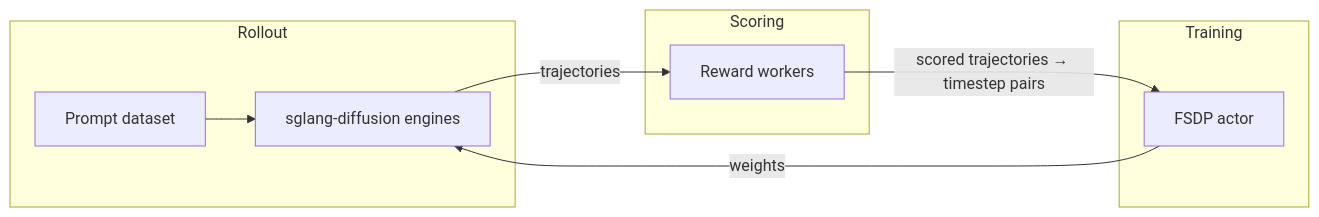
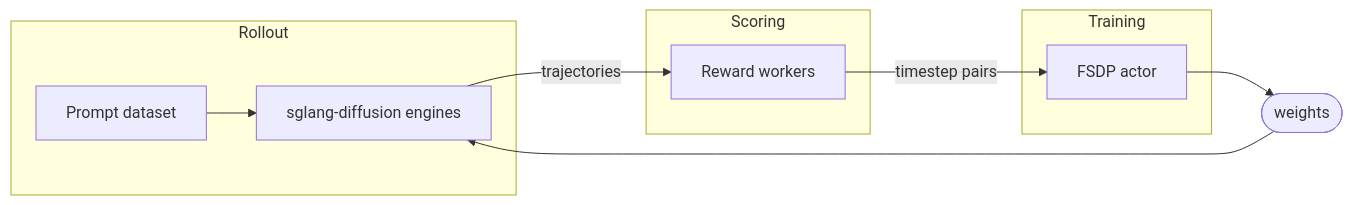
One commit to Rockdu/miles_diffusion changed the diagram in docs/user-guide/concepts.md. Above: the diagram before and after it, drawn with Mermaid.

Commit message:
docs(concepts): fix diagram label overflow; center weight-sync as a node

````diff
--- a/docs/user-guide/concepts.md
+++ b/docs/user-guide/concepts.md
@@ -11,13 +11,15 @@
 ```mermaid
 flowchart LR
     subgraph Rollout
       P[Prompt dataset] --> R[sglang-diffusion engines]
     end
     subgraph Scoring
-      R -- trajectories --> RM[Reward workers]
+      RM[Reward workers]
     end
     subgraph Training
-      RM -- "scored trajectories → timestep pairs" --> A[FSDP actor]
+      A[FSDP actor]
     end
-    A -- weights --> R
+    R -- trajectories --> RM
+    RM -- timestep pairs --> A
+    A --> W([weights]) --> R
 ```
````
